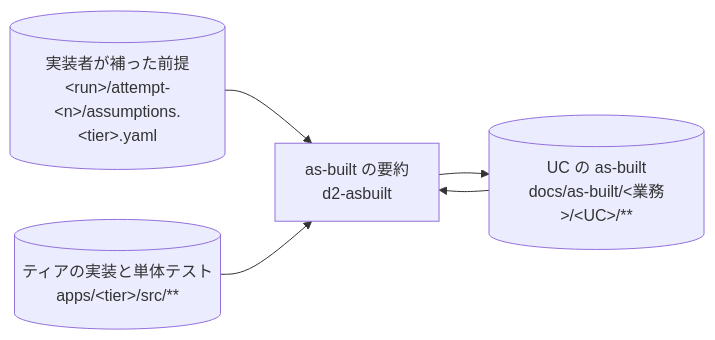
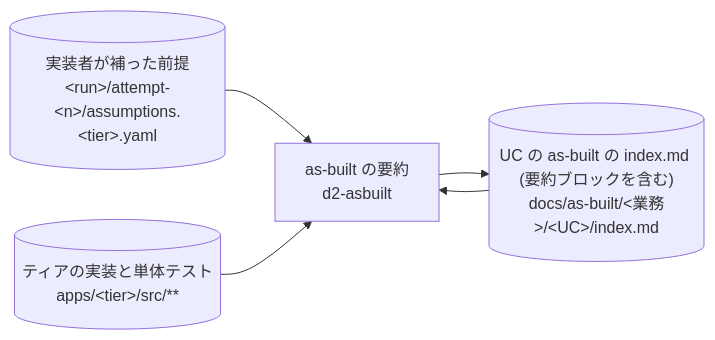
Diagram 11 of 12 in plugins/distillery2/skills/d2-common/references/dataflow.md (suwa-sh/suwa-sh-claude-plugins), drawn with Mermaid before and after one commit. The commit also changed other lines of this file and 2 other files, not shown here.

First line of the commit message:
fix(distillery2): d2-run のスクリプトの入出力を実装に合わせ、要約役の許可範囲を index.md に絞って照合する

````diff
--- a/plugins/distillery2/skills/d2-common/references/dataflow.md
+++ b/plugins/distillery2/skills/d2-common/references/dataflow.md
@@ -557,11 +608,11 @@
 ```mermaid
 flowchart LR
   s_tier_src[("ティアの実装と単体テスト<br/>apps/#lt;tier#gt;/src/**")]
   s_assumptions[("実装者が補った前提<br/>#lt;run#gt;/attempt-#lt;n#gt;/assumptions.#lt;tier#gt;.yaml")]
-  s_asbuilt_uc[("UC の as-built<br/>docs/as-built/#lt;業務#gt;/#lt;UC#gt;/**")]
+  s_asbuilt_index[("UC の as-built の index.md (要約ブロックを含む)<br/>docs/as-built/#lt;業務#gt;/#lt;UC#gt;/index.md")]
   p_asbuilt["as-built の要約<br/>d2-asbuilt"]
-  s_asbuilt_uc --> p_asbuilt
+  s_asbuilt_index --> p_asbuilt
   s_assumptions --> p_asbuilt
   s_tier_src --> p_asbuilt
-  p_asbuilt --> s_asbuilt_uc
+  p_asbuilt --> s_asbuilt_index
 ```
````
